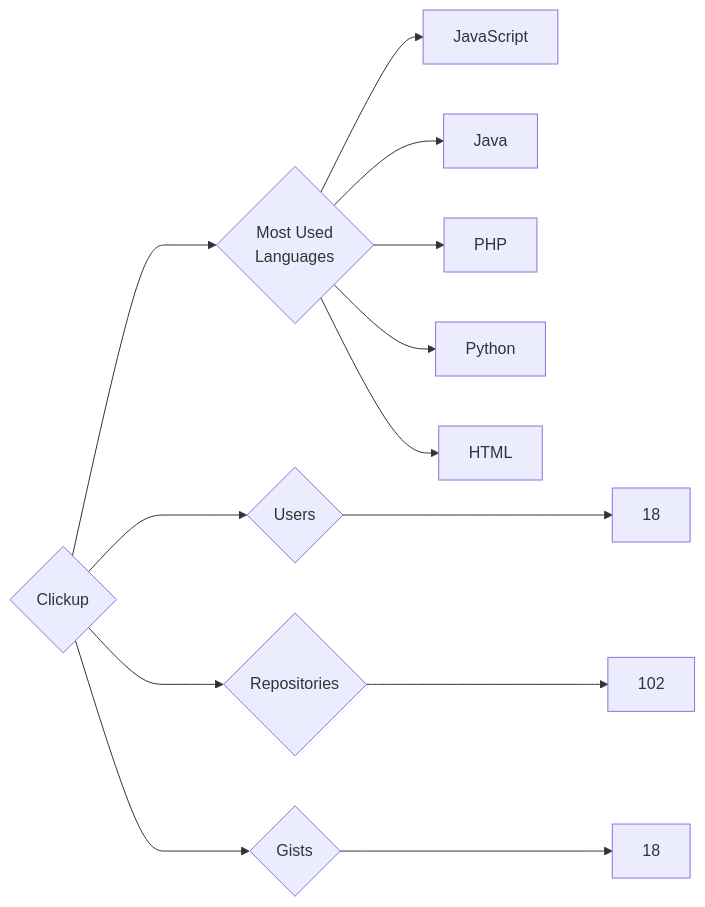
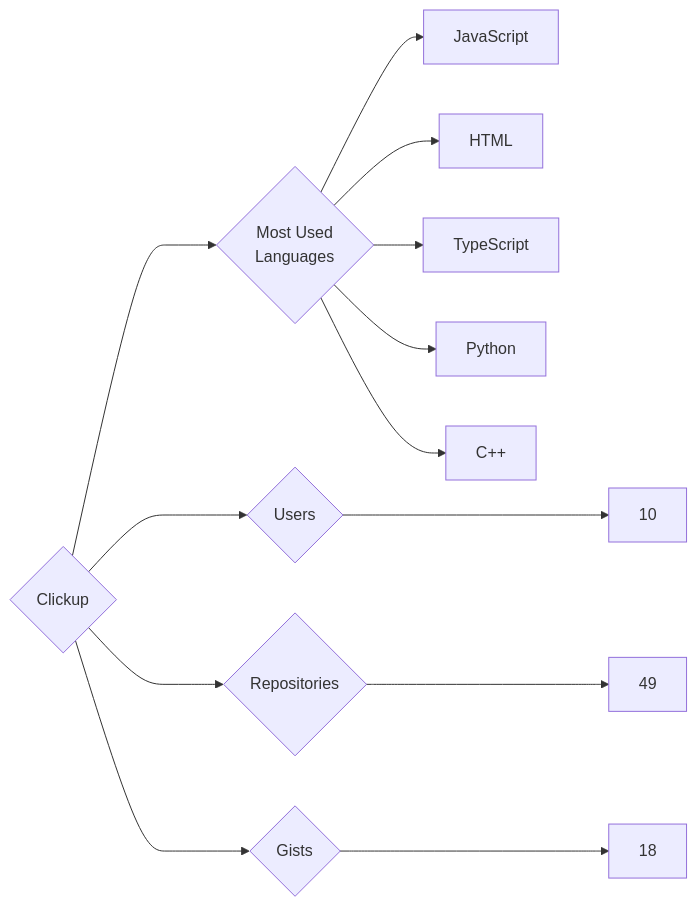
One commit to trickest/insiders changed the diagram in targets/Clickup/README.md. Above: the diagram before and after it, drawn with Mermaid. The commit also changed 679 other files, not shown here.

````diff
--- a/targets/Clickup/README.md
+++ b/targets/Clickup/README.md
@@ -3,13 +3,13 @@
 ```mermaid
 graph LR
 COMPANY_NAME{Clickup}
-COMPANY_NAME ---> U{Users} ---> UN[18]
-COMPANY_NAME ---> R{Repositories} ---> RN[102]
+COMPANY_NAME ---> U{Users} ---> UN[10]
+COMPANY_NAME ---> R{Repositories} ---> RN[49]
 COMPANY_NAME ---> G{Gists} ---> GN[18]
 COMPANY_NAME ---> ML{Most Used<br>Languages}
 ML --> JavaScript[JavaScript]
-ML --> Java[Java]
-ML --> PHP[PHP]
+ML --> HTML[HTML]
+ML --> TypeScript[TypeScript]
 ML --> Python[Python]
-ML --> HTML[HTML]
+ML --> C++[C++]
 ```
````
